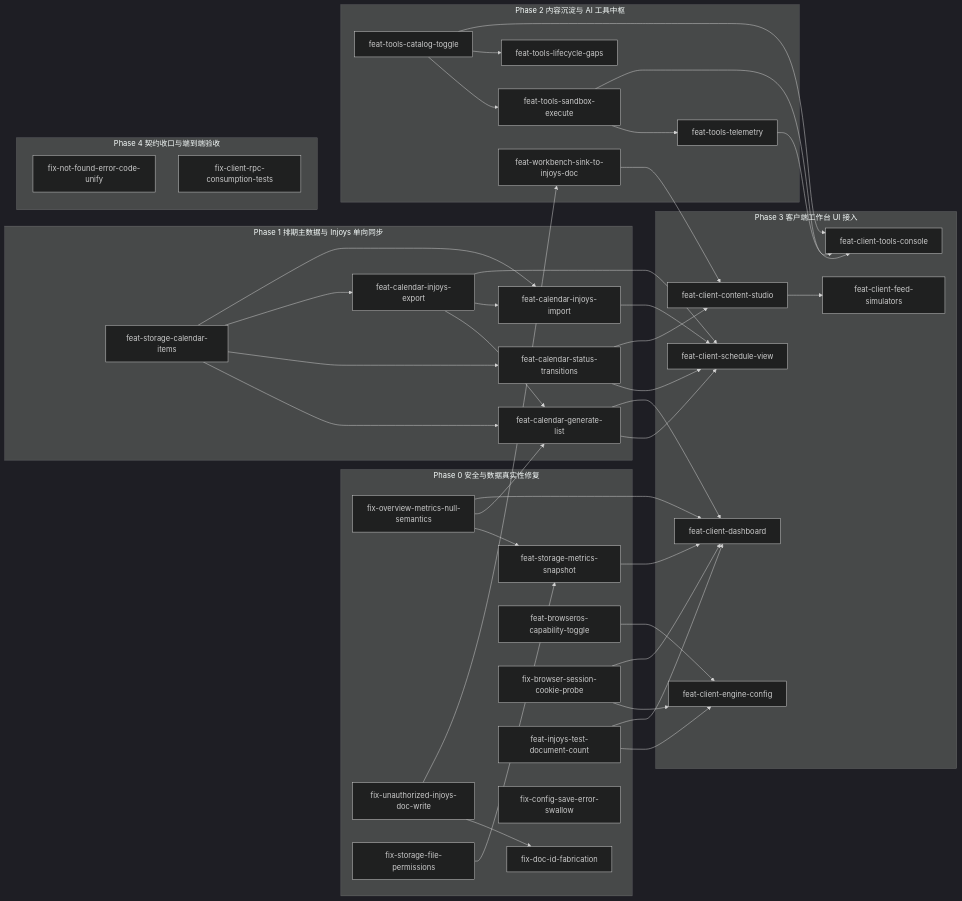
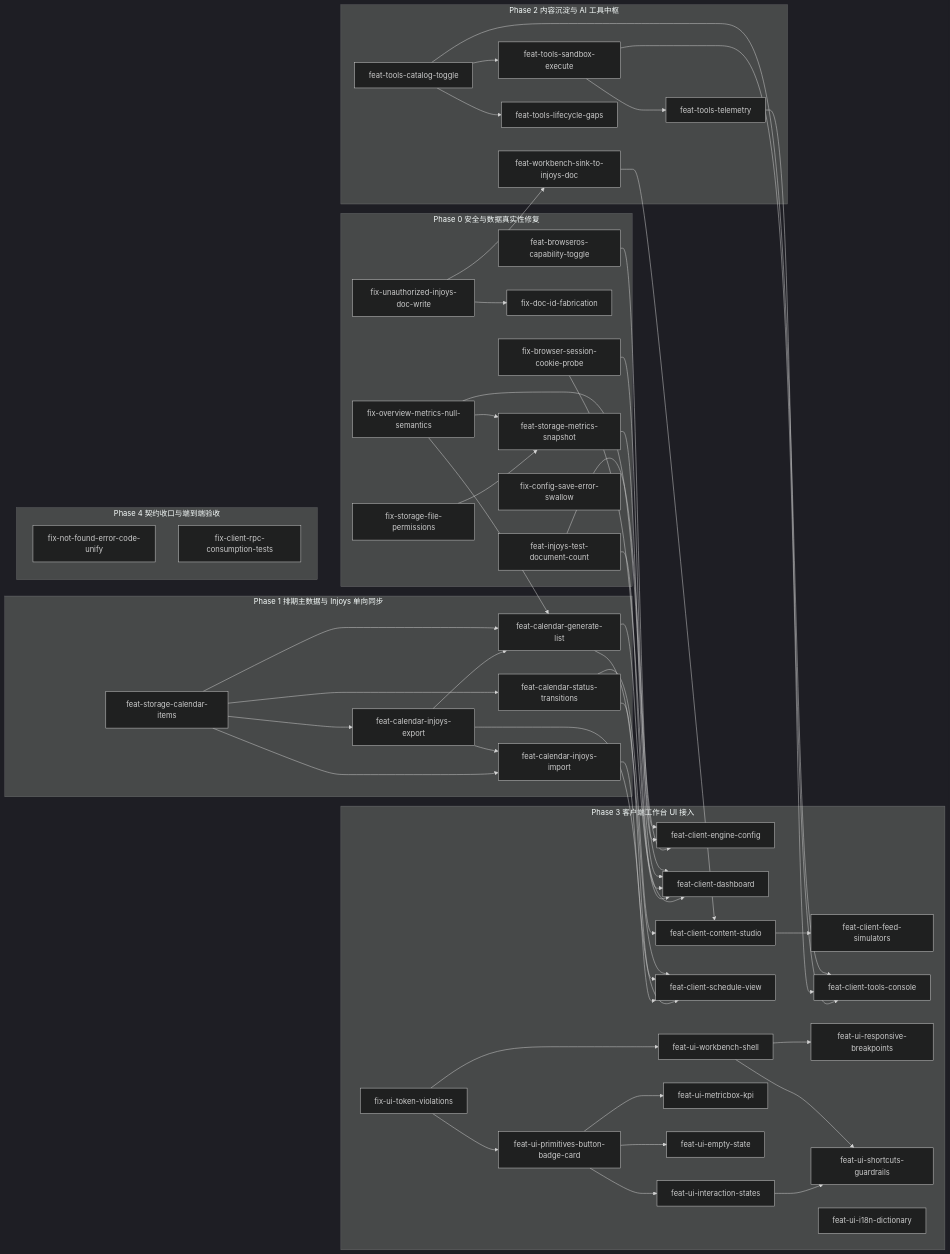
One commit to InJoysAI/dsh-growth-studio changed the diagram in openspec/proposal-roadmap.md. Above: the diagram before and after it, drawn with Mermaid (dark theme). The commit also changed other lines of this file and 1 other file, not shown here.

Commit message:
docs: update proposal roadmap and Phase 3 specifications

````diff
--- a/openspec/proposal-roadmap.md
+++ b/openspec/proposal-roadmap.md
@@ -94,6 +108,15 @@
         D4["feat-client-feed-simulators"]
         D5["feat-client-schedule-view"]
         D6["feat-client-tools-console"]
+        D7["fix-ui-token-violations"]
+        D8["feat-ui-workbench-shell"]
+        D9["feat-ui-primitives-button-badge-card"]
+        D10["feat-ui-metricbox-kpi"]
+        D11["feat-ui-empty-state"]
+        D12["feat-ui-interaction-states"]
+        D13["feat-ui-responsive-breakpoints"]
+        D14["feat-ui-shortcuts-guardrails"]
+        D15["feat-ui-i18n-dictionary"]
     end
     subgraph P4["Phase 4 契约收口与端到端验收"]
         E1["fix-not-found-error-code-unify"]
@@ -135,4 +158,13 @@
     C4 --> D6
 
     D3 --> D4
+
+    D7 --> D8
+    D7 --> D9
+    D9 --> D10
+    D9 --> D11
+    D9 --> D12
+    D8 --> D13
+    D8 --> D14
+    D12 --> D14
 ```
````
